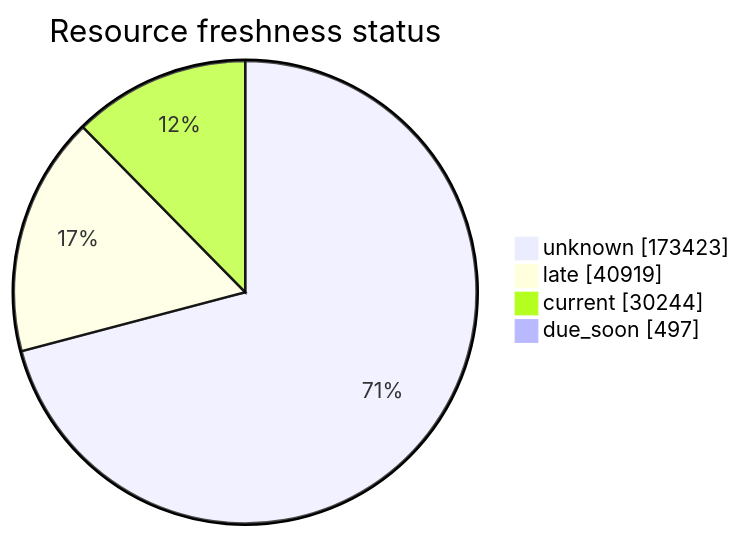
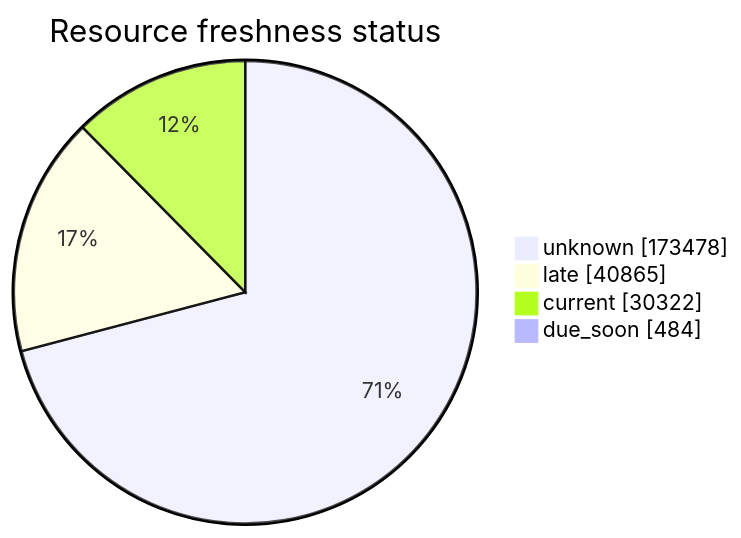
The third of 5 diagrams in FreshCheck/README.md (open-data/analytics-corporate-reporting), drawn with Mermaid before and after one commit. The commit also changed other lines of this file and 3 other files, not shown here.

````diff
--- a/FreshCheck/README.md
+++ b/FreshCheck/README.md
@@ -77,7 +77,7 @@
 ```mermaid
 pie showData title Resource freshness status
-    "unknown": 173423
-    "late": 40919
-    "current": 30244
-    "due_soon": 497
+    "unknown": 173478
+    "late": 40865
+    "current": 30322
+    "due_soon": 484
 ```
````
